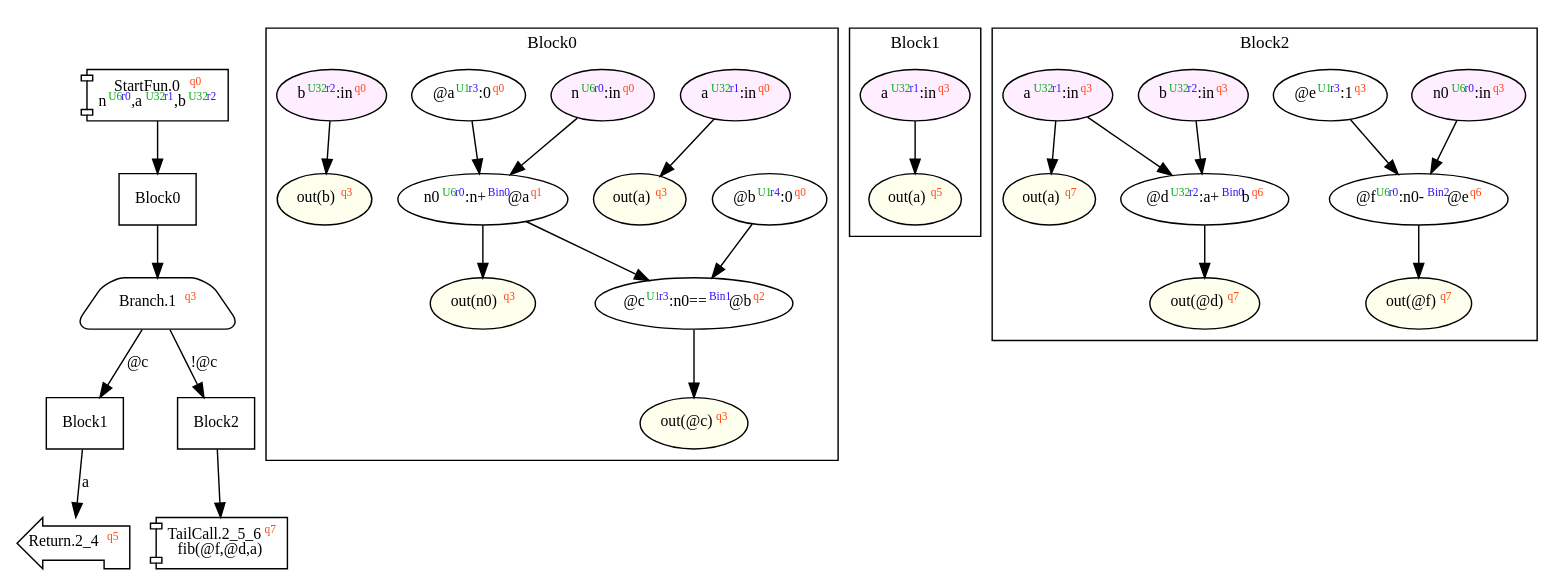
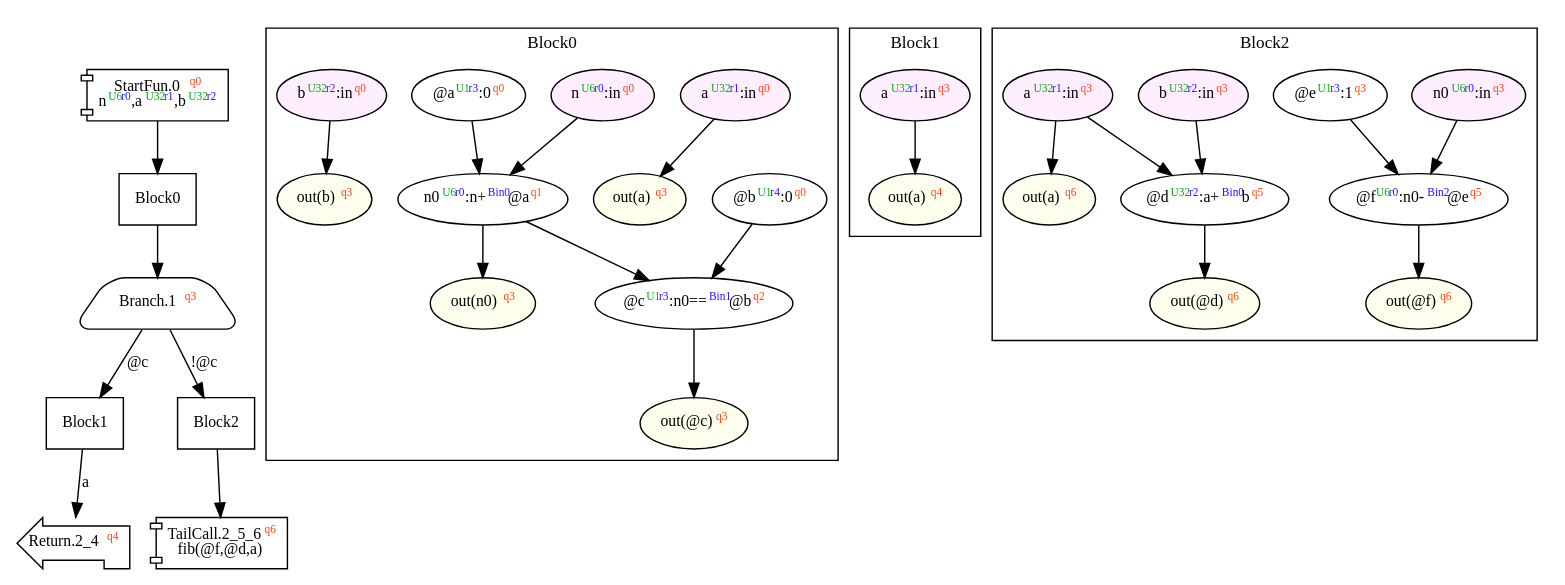
The diagram in dist/fib.dot (akouryy/SyntheScala), drawn with Graphviz before and after one commit. The commit also changed 30 other files, not shown here.

```diff
--- a/dist/fib.dot
+++ b/dist/fib.dot
@@ -1,71 +1,71 @@
 digraph Program_ {
   graph [fontname = "Monaco", fontsize = 12, ranksep = 0.5];
   node [shape = box, fontname = "Monaco", fontsize = 11; colorscheme = pastel19];
   edge [fontname = "Monaco", fontsize = 11; colorscheme = pastel19];
   Jump0[label = <StartFun.0<font color="#ff4411" point-size="8"><sup>q0</sup></font><br/>n<font color="#00aa11" point-size="8"><sup>U6</sup></font><font color="#3311ff" point-size="8"><sup>r0</sup></font>,a<font color="#00aa11" point-size="8"><sup>U32</sup></font><font color="#3311ff" point-size="8"><sup>r1</sup></font>,b<font color="#00aa11" point-size="8"><sup>U32</sup></font><font color="#3311ff" point-size="8"><sup>r2</sup></font>>; shape = component];
   Jump0 -> Block0;
   Jump1[
     label = <Branch.1<font color="#ff4411" point-size="8"><sup>q3</sup></font>>;
     shape = trapezium; style = rounded;
   ];
   Block0 -> Jump1;
   Jump1 -> Block1 [label="@c"];
   Jump1 -> Block2 [label="!@c"];
-  Jump2_4[label = <Return.2_4<font color="#ff4411" point-size="8"><sup>q5</sup></font>>; shape = lpromoter];
+  Jump2_4[label = <Return.2_4<font color="#ff4411" point-size="8"><sup>q4</sup></font>>; shape = lpromoter];
   Block1 -> Jump2_4 [label="a"];
-  Jump2_5_6[label = <TailCall.2_5_6<font color="#ff4411" point-size="8"><sup>q7</sup></font><br/>fib(@f,@d,a)>; shape = component];
+  Jump2_5_6[label = <TailCall.2_5_6<font color="#ff4411" point-size="8"><sup>q6</sup></font><br/>fib(@f,@d,a)>; shape = component];
   Block2 -> Jump2_5_6;
   Block0 [label = "Block0"];
   Block1 [label = "Block1"];
   Block2 [label = "Block2"];
   subgraph cluster_dfg_Block0 {
     node [shape = oval];
     label = "Block0";
     0 [label=<@a<font color="#00aa11" point-size="8"><sup>U1</sup></font><font color="#3311ff" point-size="8"><sup>r3</sup></font>:0<font color="#ff4411" point-size="8"><sup>q0</sup></font>>; ];
     20 [label=<out(n0)<font color="#ff4411" point-size="8"><sup>q3</sup></font>>; style="filled"; fillcolor="#ffffee";];
     1 [label=<n0<font color="#00aa11" point-size="8"><sup>U6</sup></font><font color="#3311ff" point-size="8"><sup>r0</sup></font>:n+<font color="#3311ff" point-size="8"><sup>Bin0</sup></font>@a<font color="#ff4411" point-size="8"><sup>q1</sup></font>>; ];
     21 [label=<out(b)<font color="#ff4411" point-size="8"><sup>q3</sup></font>>; style="filled"; fillcolor="#ffffee";];
     2 [label=<@b<font color="#00aa11" point-size="8"><sup>U1</sup></font><font color="#3311ff" point-size="8"><sup>r4</sup></font>:0<font color="#ff4411" point-size="8"><sup>q0</sup></font>>; ];
     17 [label=<a<font color="#00aa11" point-size="8"><sup>U32</sup></font><font color="#3311ff" point-size="8"><sup>r1</sup></font>:in<font color="#ff4411" point-size="8"><sup>q0</sup></font>>; style="filled"; fillcolor="#ffeeff";];
     22 [label=<out(@c)<font color="#ff4411" point-size="8"><sup>q3</sup></font>>; style="filled"; fillcolor="#ffffee";];
     3 [label=<@c<font color="#00aa11" point-size="8"><sup>U1</sup></font><font color="#3311ff" point-size="8"><sup>r3</sup></font>:n0==<font color="#3311ff" point-size="8"><sup>Bin1</sup></font>@b<font color="#ff4411" point-size="8"><sup>q2</sup></font>>; ];
     18 [label=<b<font color="#00aa11" point-size="8"><sup>U32</sup></font><font color="#3311ff" point-size="8"><sup>r2</sup></font>:in<font color="#ff4411" point-size="8"><sup>q0</sup></font>>; style="filled"; fillcolor="#ffeeff";];
     16 [label=<n<font color="#00aa11" point-size="8"><sup>U6</sup></font><font color="#3311ff" point-size="8"><sup>r0</sup></font>:in<font color="#ff4411" point-size="8"><sup>q0</sup></font>>; style="filled"; fillcolor="#ffeeff";];
     19 [label=<out(a)<font color="#ff4411" point-size="8"><sup>q3</sup></font>>; style="filled"; fillcolor="#ffffee";];
     0 -> 1;
     1 -> 3;
     1 -> 20;
     2 -> 3;
     3 -> 22;
     16 -> 1;
     17 -> 19;
     18 -> 21;
   }
   subgraph cluster_dfg_Block1 {
     node [shape = oval];
     label = "Block1";
     10 [label=<a<font color="#00aa11" point-size="8"><sup>U32</sup></font><font color="#3311ff" point-size="8"><sup>r1</sup></font>:in<font color="#ff4411" point-size="8"><sup>q3</sup></font>>; style="filled"; fillcolor="#ffeeff";];
-    11 [label=<out(a)<font color="#ff4411" point-size="8"><sup>q5</sup></font>>; style="filled"; fillcolor="#ffffee";];
+    11 [label=<out(a)<font color="#ff4411" point-size="8"><sup>q4</sup></font>>; style="filled"; fillcolor="#ffffee";];
     10 -> 11;
   }
   subgraph cluster_dfg_Block2 {
     node [shape = oval];
     label = "Block2";
     5 [label=<@e<font color="#00aa11" point-size="8"><sup>U1</sup></font><font color="#3311ff" point-size="8"><sup>r3</sup></font>:1<font color="#ff4411" point-size="8"><sup>q3</sup></font>>; ];
     14 [label=<b<font color="#00aa11" point-size="8"><sup>U32</sup></font><font color="#3311ff" point-size="8"><sup>r2</sup></font>:in<font color="#ff4411" point-size="8"><sup>q3</sup></font>>; style="filled"; fillcolor="#ffeeff";];
-    6 [label=<@f<font color="#00aa11" point-size="8"><sup>U6</sup></font><font color="#3311ff" point-size="8"><sup>r0</sup></font>:n0-<font color="#3311ff" point-size="8"><sup>Bin2</sup></font>@e<font color="#ff4411" point-size="8"><sup>q6</sup></font>>; ];
+    6 [label=<@f<font color="#00aa11" point-size="8"><sup>U6</sup></font><font color="#3311ff" point-size="8"><sup>r0</sup></font>:n0-<font color="#3311ff" point-size="8"><sup>Bin2</sup></font>@e<font color="#ff4411" point-size="8"><sup>q5</sup></font>>; ];
     13 [label=<n0<font color="#00aa11" point-size="8"><sup>U6</sup></font><font color="#3311ff" point-size="8"><sup>r0</sup></font>:in<font color="#ff4411" point-size="8"><sup>q3</sup></font>>; style="filled"; fillcolor="#ffeeff";];
     12 [label=<a<font color="#00aa11" point-size="8"><sup>U32</sup></font><font color="#3311ff" point-size="8"><sup>r1</sup></font>:in<font color="#ff4411" point-size="8"><sup>q3</sup></font>>; style="filled"; fillcolor="#ffeeff";];
-    23 [label=<out(@f)<font color="#ff4411" point-size="8"><sup>q7</sup></font>>; style="filled"; fillcolor="#ffffee";];
-    4 [label=<@d<font color="#00aa11" point-size="8"><sup>U32</sup></font><font color="#3311ff" point-size="8"><sup>r2</sup></font>:a+<font color="#3311ff" point-size="8"><sup>Bin0</sup></font>b<font color="#ff4411" point-size="8"><sup>q6</sup></font>>; ];
-    24 [label=<out(@d)<font color="#ff4411" point-size="8"><sup>q7</sup></font>>; style="filled"; fillcolor="#ffffee";];
-    25 [label=<out(a)<font color="#ff4411" point-size="8"><sup>q7</sup></font>>; style="filled"; fillcolor="#ffffee";];
+    23 [label=<out(@f)<font color="#ff4411" point-size="8"><sup>q6</sup></font>>; style="filled"; fillcolor="#ffffee";];
+    4 [label=<@d<font color="#00aa11" point-size="8"><sup>U32</sup></font><font color="#3311ff" point-size="8"><sup>r2</sup></font>:a+<font color="#3311ff" point-size="8"><sup>Bin0</sup></font>b<font color="#ff4411" point-size="8"><sup>q5</sup></font>>; ];
+    24 [label=<out(@d)<font color="#ff4411" point-size="8"><sup>q6</sup></font>>; style="filled"; fillcolor="#ffffee";];
+    25 [label=<out(a)<font color="#ff4411" point-size="8"><sup>q6</sup></font>>; style="filled"; fillcolor="#ffffee";];
     4 -> 24;
     5 -> 6;
     6 -> 23;
     12 -> 4;
     12 -> 25;
     13 -> 6;
     14 -> 4;
   }
 }
```
